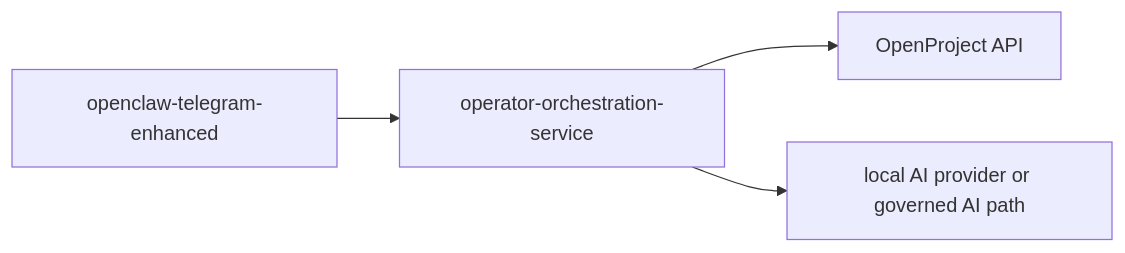
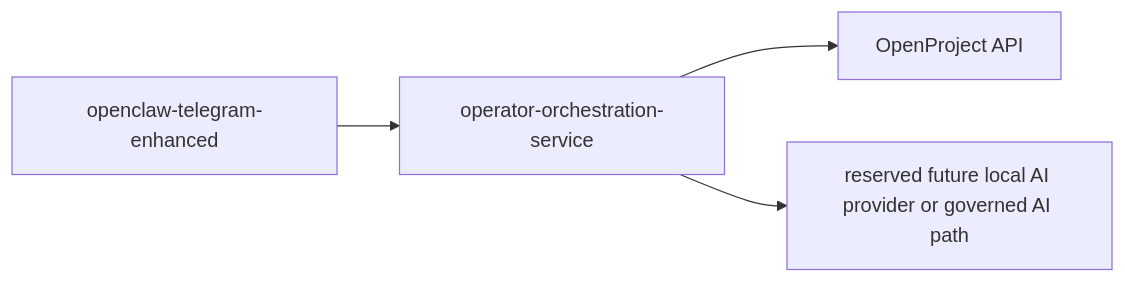
One commit to mfshaf7/operator-orchestration-service changed the diagram in docs/architecture/runtime-shape.md. Above: the diagram before and after it, drawn with Mermaid. The commit also changed other lines of this file and 23 other files, not shown here.

````diff
--- a/docs/architecture/runtime-shape.md
+++ b/docs/architecture/runtime-shape.md
@@ -36,11 +36,11 @@
 ```mermaid
 flowchart LR
     TG[openclaw-telegram-enhanced]
     OOS[operator-orchestration-service]
     OP[OpenProject API]
-    AI[local AI provider or governed AI path]
+    AI[reserved future local AI provider or governed AI path]
 
     TG --> OOS
     OOS --> OP
     OOS --> AI
 ```
````
